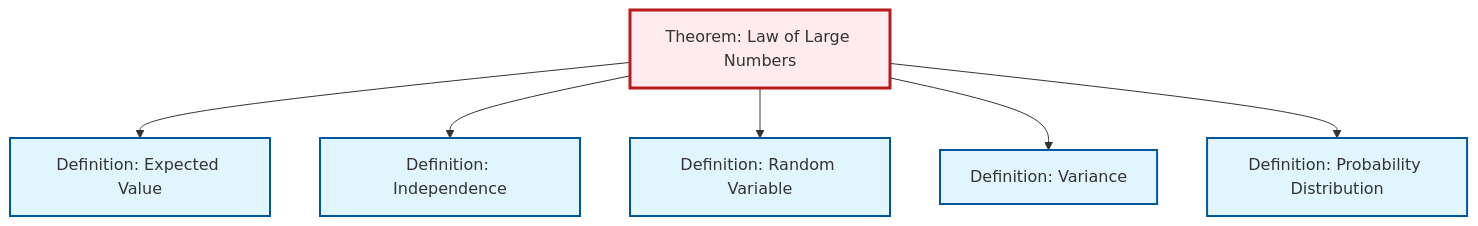
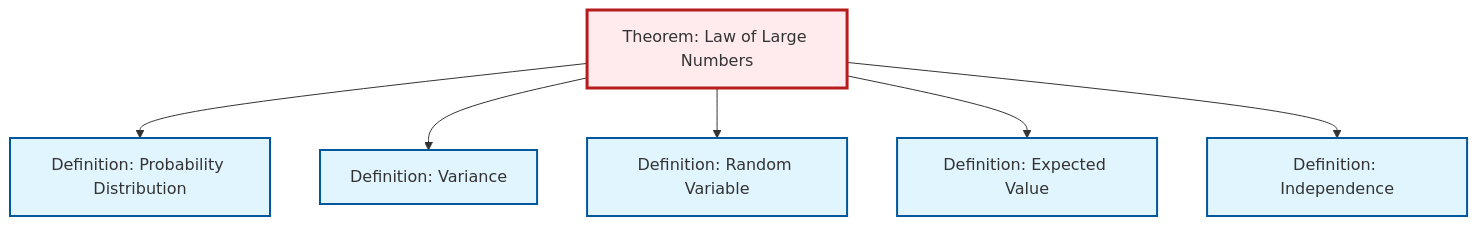
The second of 2 diagrams in content/ja/probability-statistics/thm-law-of-large-numbers.qmd (RK0429/ModernMath), drawn with Mermaid before and after one commit. The commit also changed other lines of this file and 654 other files, not shown here.

````diff
--- a/content/ja/probability-statistics/thm-law-of-large-numbers.qmd
+++ b/content/ja/probability-statistics/thm-law-of-large-numbers.qmd
@@ -90,26 +90,26 @@
 ```{mermaid}
 %%| fig-cap: "Local dependency graph"
 graph TD
     classDef definition fill:#e1f5fe,stroke:#01579b,stroke-width:2px
     classDef theorem fill:#f3e5f5,stroke:#4a148c,stroke-width:2px
     classDef axiom fill:#fff3e0,stroke:#e65100,stroke-width:2px
     classDef example fill:#e8f5e9,stroke:#1b5e20,stroke-width:2px
     classDef current fill:#ffebee,stroke:#b71c1c,stroke-width:3px
+    def-expectation["Definition: Expected Value"]:::definition
+    thm-law-of-large-numbers["Theorem: Law of Large Numbers"]:::theorem
+    def-probability-distribution["Definition: Probability Distribution"]:::definition
+    def-variance["Definition: Variance"]:::definition
+    def-random-variable["Definition: Random Variable"]:::definition
     def-independence["Definition: Independence"]:::definition
-    def-expectation["Definition: Expected Value"]:::definition
-    def-variance["Definition: Variance"]:::definition
-    def-probability-distribution["Definition: Probability Distribution"]:::definition
-    thm-law-of-large-numbers["Theorem: Law of Large Numbers"]:::theorem
-    def-random-variable["Definition: Random Variable"]:::definition
+    thm-law-of-large-numbers --> def-probability-distribution
+    thm-law-of-large-numbers --> def-variance
+    thm-law-of-large-numbers --> def-random-variable
     thm-law-of-large-numbers --> def-expectation
     thm-law-of-large-numbers --> def-independence
-    thm-law-of-large-numbers --> def-random-variable
-    thm-law-of-large-numbers --> def-variance
-    thm-law-of-large-numbers --> def-probability-distribution
     class thm-law-of-large-numbers current
+    click def-expectation "def-expectation.html" "Definition: Expected Valueへ"
+    click def-probability-distribution "def-probability-distribution.html" "Definition: Probability Distributionへ"
+    click def-variance "def-variance.html" "Definition: Varianceへ"
+    click def-random-variable "def-random-variable.html" "Definition: Random Variableへ"
     click def-independence "def-independence.html" "Definition: Independenceへ"
-    click def-expectation "def-expectation.html" "Definition: Expected Valueへ"
-    click def-variance "def-variance.html" "Definition: Varianceへ"
-    click def-probability-distribution "def-probability-distribution.html" "Definition: Probability Distributionへ"
-    click def-random-variable "def-random-variable.html" "Definition: Random Variableへ"
 ```
````
